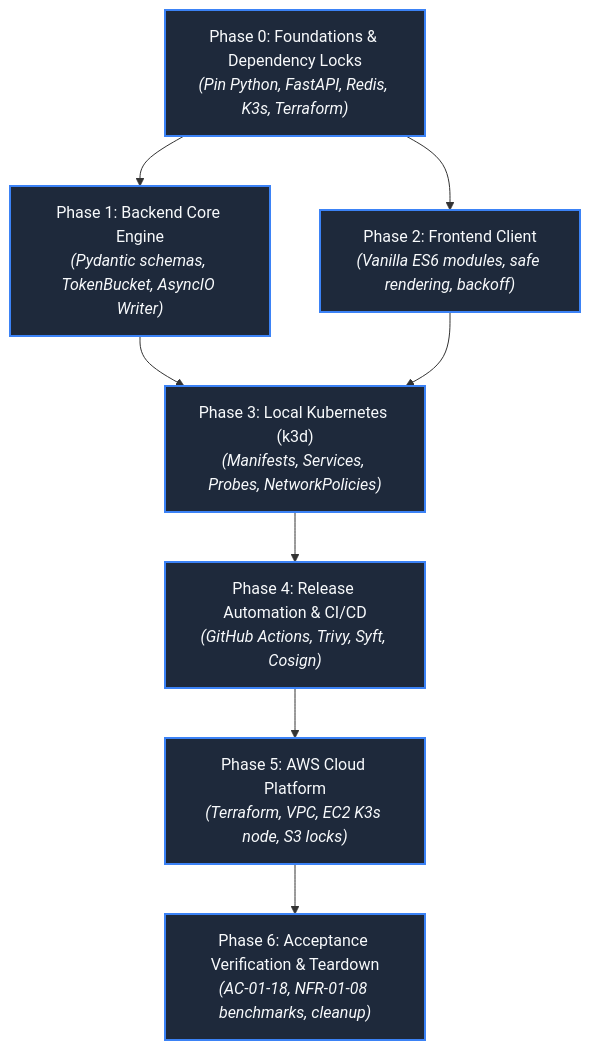
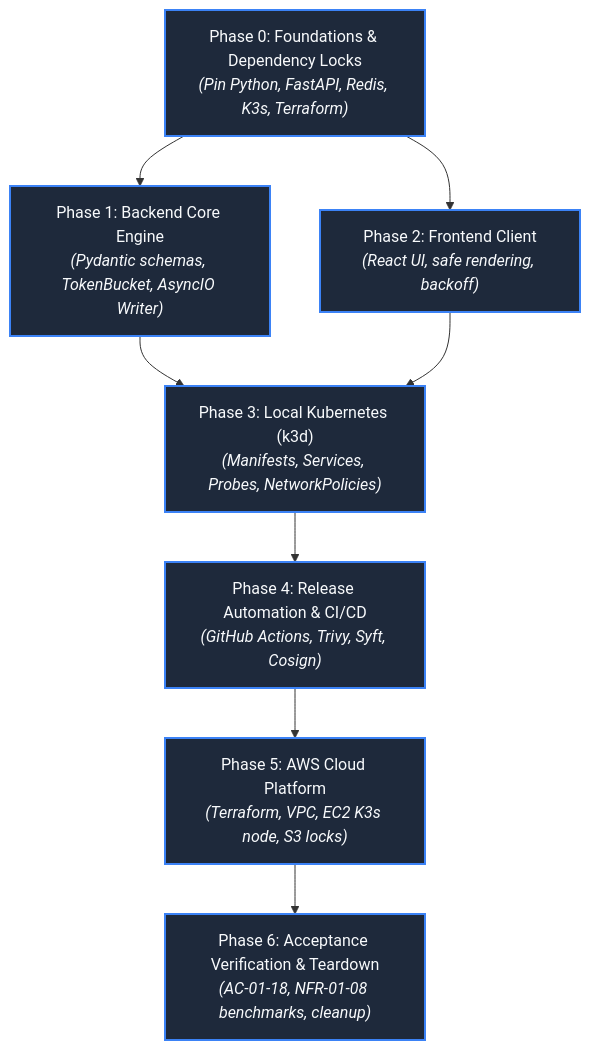
The diagram in docs/IMPLEMENTATION_PLAN.md (pawankgandhi15/Chat_App), drawn with Mermaid before and after one commit. The commit also changed other lines of this file and 30 other files, not shown here.

Commit message:
feat: migrate frontend to React and Vite

````diff
--- a/docs/IMPLEMENTATION_PLAN.md
+++ b/docs/IMPLEMENTATION_PLAN.md
@@ -11,13 +11,13 @@
 ```mermaid
 flowchart TD
     P0["Phase 0: Foundations & Dependency Locks<br/><i>(Pin Python, FastAPI, Redis, K3s, Terraform)</i>"] --> P1["Phase 1: Backend Core Engine<br/><i>(Pydantic schemas, TokenBucket, AsyncIO Writer)</i>"]
-    P0 --> P2["Phase 2: Frontend Client<br/><i>(Vanilla ES6 modules, safe rendering, backoff)</i>"]
+    P0 --> P2["Phase 2: Frontend Client<br/><i>(React UI, safe rendering, backoff)</i>"]
     P1 --> P3["Phase 3: Local Kubernetes (k3d)<br/><i>(Manifests, Services, Probes, NetworkPolicies)</i>"]
     P2 --> P3
     P3 --> P4["Phase 4: Release Automation & CI/CD<br/><i>(GitHub Actions, Trivy, Syft, Cosign)</i>"]
     P4 --> P5["Phase 5: AWS Cloud Platform<br/><i>(Terraform, VPC, EC2 K3s node, S3 locks)</i>"]
     P5 --> P6["Phase 6: Acceptance Verification & Teardown<br/><i>(AC-01-18, NFR-01-08 benchmarks, cleanup)</i>"]
 
     classDef phase fill:#1e293b,stroke:#3b82f6,stroke-width:2px,color:#f8fafc;
     class P0,P1,P2,P3,P4,P5,P6 phase;
 ```
````
